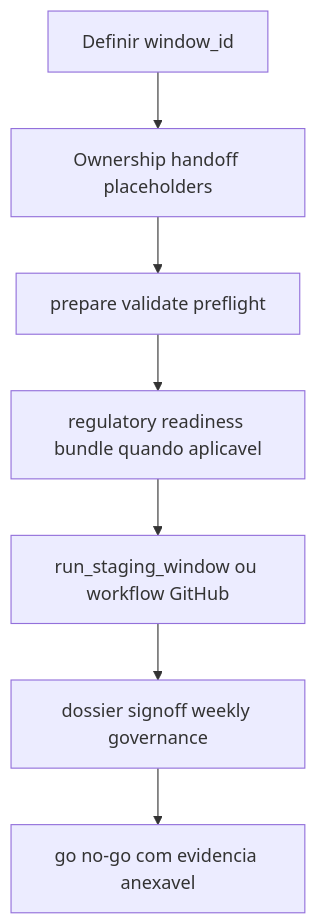
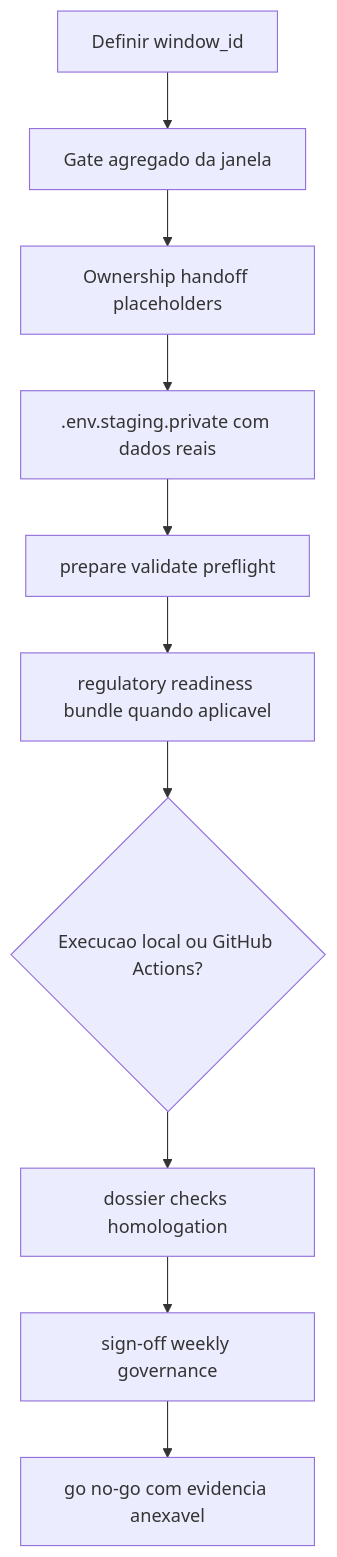
The ninth of 11 diagrams in README.md (Jistriane/Ontrackchain), drawn with Mermaid before and after one commit. The commit also changed other lines of this file and 2 other files, not shown here.

Commit message:
docs: expand project diagrams and align staging readiness flow

````diff
--- a/README.md
+++ b/README.md
@@ -184,9 +417,12 @@
 ```mermaid
 flowchart TD
-  start[Definir window_id] --> ownership[Ownership handoff placeholders]
-  ownership --> preflight[prepare validate preflight]
+  start[Definir window_id] --> gate[Gate agregado da janela]
+  gate --> ownership[Ownership handoff placeholders]
+  ownership --> env[.env.staging.private com dados reais]
+  env --> preflight[prepare validate preflight]
   preflight --> bundle[regulatory readiness bundle quando aplicavel]
-  bundle --> run[run_staging_window ou workflow GitHub]
-  run --> dossier[dossier signoff weekly governance]
-  dossier --> decision[go no-go com evidencia anexavel]
+  bundle --> run{Execucao local ou GitHub Actions?}
+  run --> dossier[dossier checks homologation]
+  dossier --> signoff[sign-off weekly governance]
+  signoff --> decision[go no-go com evidencia anexavel]
 ```
````
